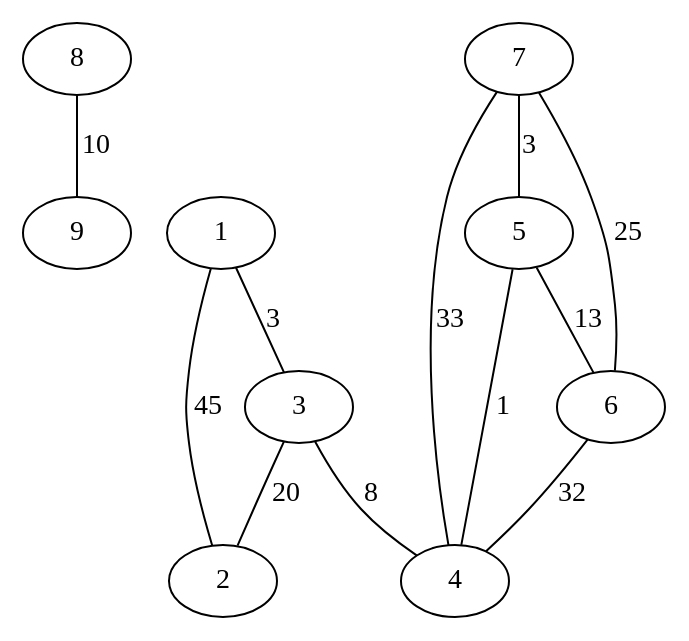
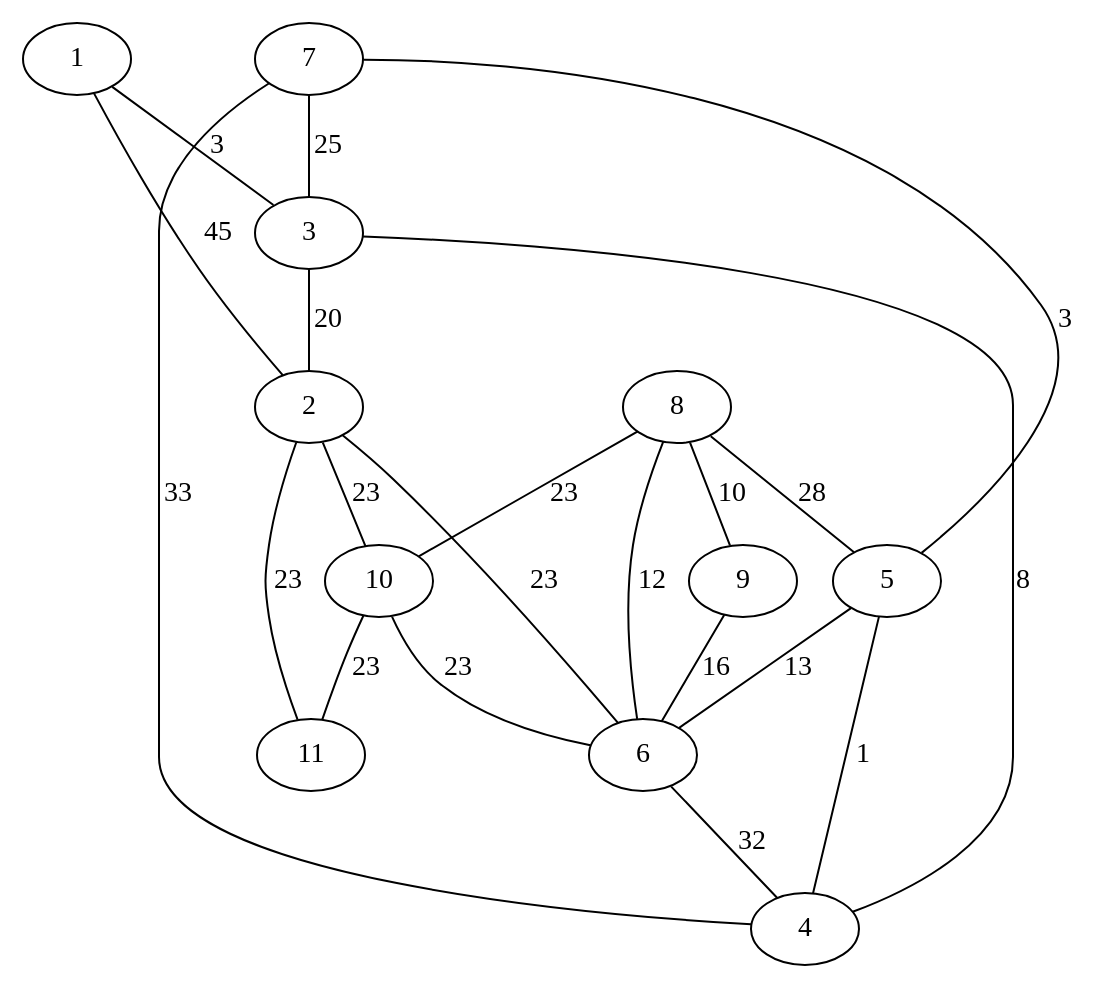
Before and after one commit to progressaoufba/kruskal: the diagram in grafoin.dot, drawn with Graphviz. The commit also changed 4 other files, not shown here.

```diff
--- a/grafoin.dot
+++ b/grafoin.dot
@@ -1,14 +1,23 @@
-# 9 11
+# 11 20
 graph G {
   8 -- 9 [label=10];
   1 -- 2 [label=45];
   1 -- 3 [label=3];
   3 -- 4 [label=8];
   3 -- 2 [label=20];
   5 -- 6 [label=13];
   5 -- 4 [label=1];
   6 -- 4 [label=32];
   7 -- 4 [label=33];
   7 -- 5 [label=3];
-  7 -- 6 [label=25];
+  7 -- 3 [label=25];
+  9 -- 6 [label=16];
+  8 -- 5 [label=28];
+  8 -- 6 [label=12];
+  2 -- 6 [label=23];
+  10 -- 6 [label=23];
+  10 -- 11 [label=23];
+  2 -- 11 [label=23];
+  2 -- 10 [label=23];
+  8 -- 10 [label=23];
 }
```
